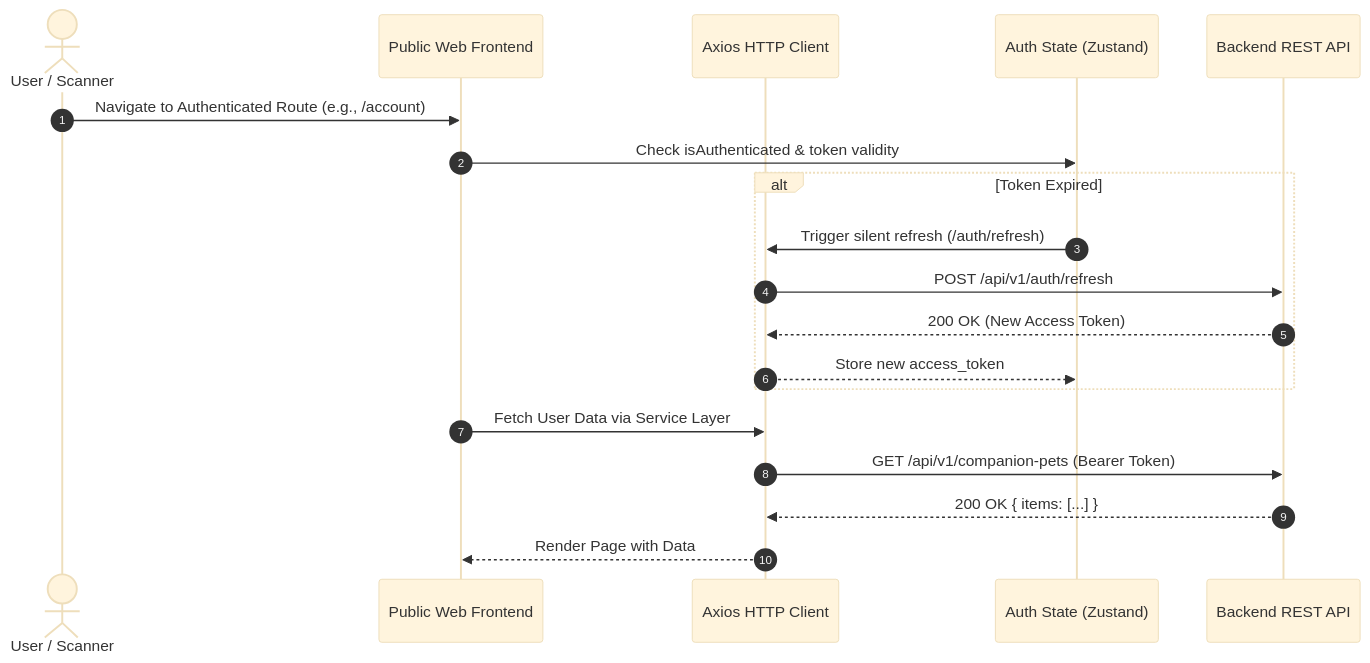
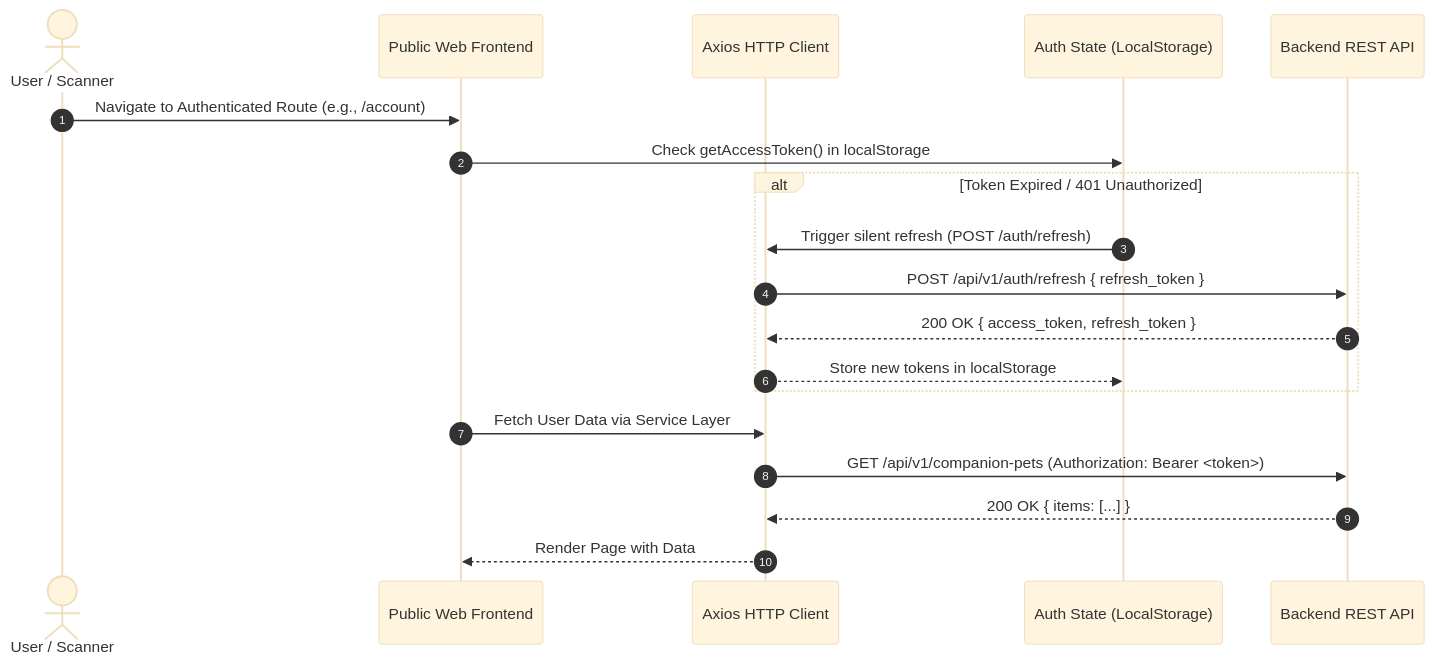
The second of 2 diagrams in docs/01-system-architecture-and-api/README.md (anilpreetham23/pawguard_web_v2), drawn with Mermaid (base theme) before and after one commit. The commit also changed other lines of this file and 14 other files, not shown here.

````diff
--- a/docs/01-system-architecture-and-api/README.md
+++ b/docs/01-system-architecture-and-api/README.md
@@ -103,22 +118,22 @@
 ```mermaid
 sequenceDiagram
     autonumber
     actor User as User / Scanner
     participant Web as Public Web Frontend
     participant Client as Axios HTTP Client
-    participant Auth as Auth State (Zustand)
+    participant Auth as Auth State (LocalStorage)
     participant API as Backend REST API
 
     User->>Web: Navigate to Authenticated Route (e.g., /account)
-    Web->>Auth: Check isAuthenticated & token validity
-    alt Token Expired
-        Auth->>Client: Trigger silent refresh (/auth/refresh)
-        Client->>API: POST /api/v1/auth/refresh
-        API-->>Client: 200 OK (New Access Token)
-        Client-->>Auth: Store new access_token
+    Web->>Auth: Check getAccessToken() in localStorage
+    alt Token Expired / 401 Unauthorized
+        Auth->>Client: Trigger silent refresh (POST /auth/refresh)
+        Client->>API: POST /api/v1/auth/refresh { refresh_token }
+        API-->>Client: 200 OK { access_token, refresh_token }
+        Client-->>Auth: Store new tokens in localStorage
     end
     Web->>Client: Fetch User Data via Service Layer
-    Client->>API: GET /api/v1/companion-pets (Bearer Token)
+    Client->>API: GET /api/v1/companion-pets (Authorization: Bearer <token>)
     API-->>Client: 200 OK { items: [...] }
     Client-->>Web: Render Page with Data
 ```
````
